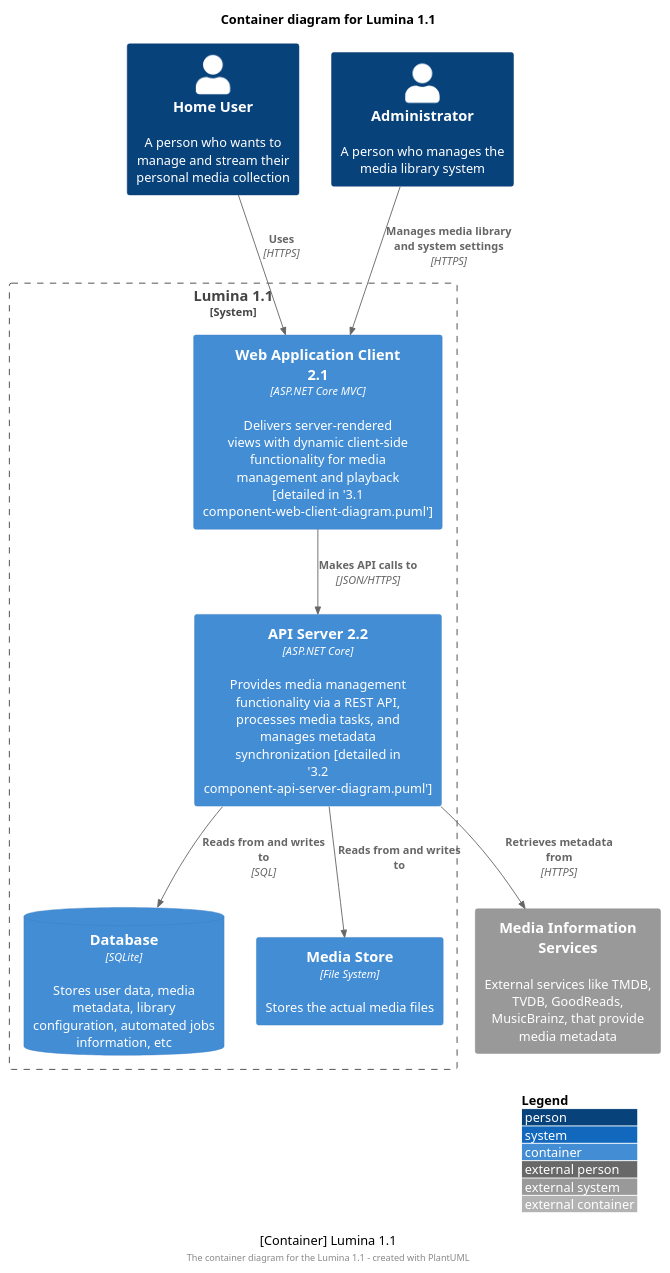
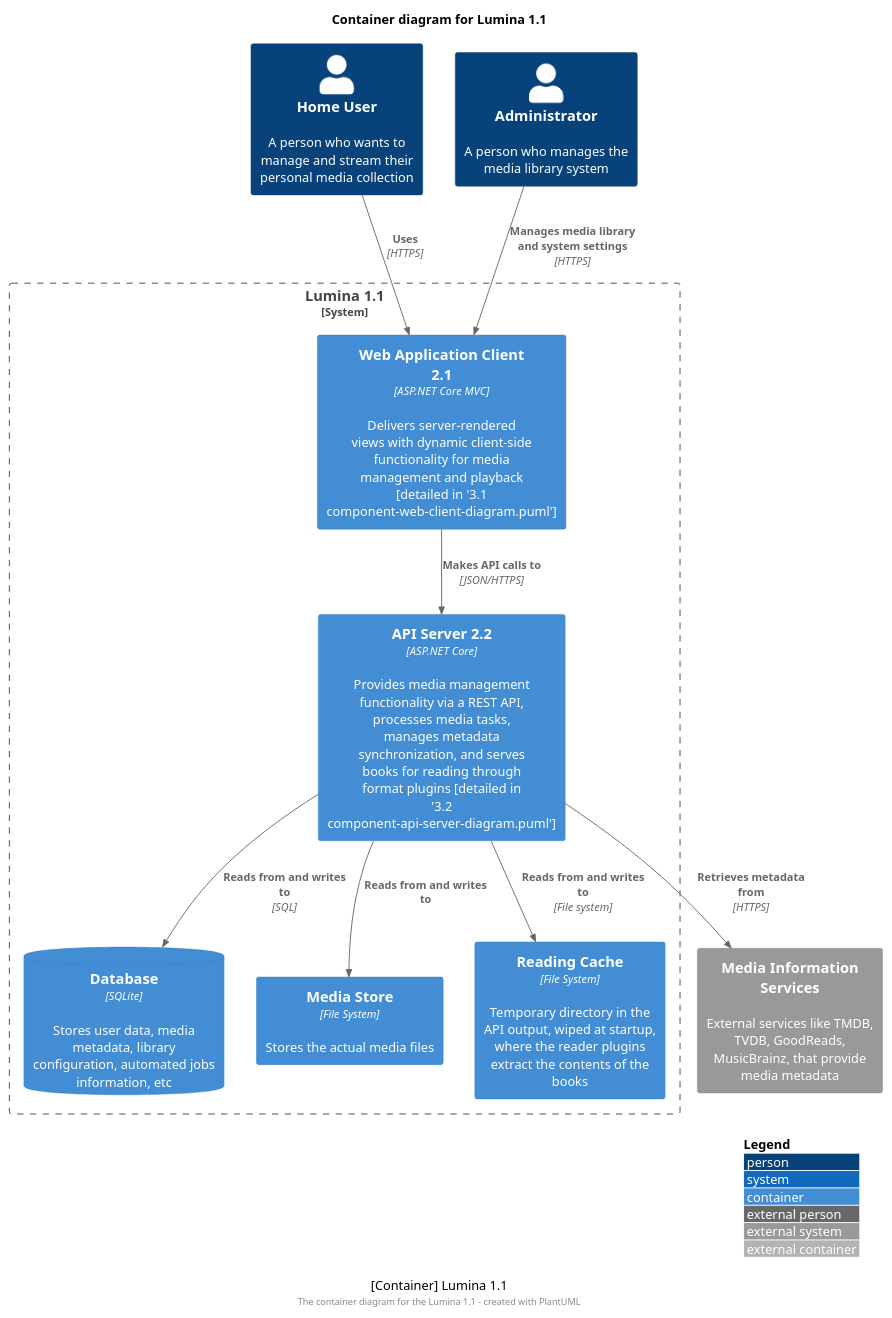
The diagram in docs/technical/architecture/2 container-diagram.puml (BinaryAlley/Lumina), drawn with PlantUML before and after one commit. The commit also changed 3 other files, not shown here.

Commit message:
Updates architecture diagrams with the book reading flow

```diff
--- a/docs/technical/architecture/2 container-diagram.puml
+++ b/docs/technical/architecture/2 container-diagram.puml
@@ -1,32 +1,35 @@
 @startuml Lumina Container Diagram
 !include <C4/C4_Container>
 
 LAYOUT_WITH_LEGEND()
 title Container diagram for Lumina 1.1
 
 Person(user, "Home User", "A person who wants to manage and stream their personal media collection")
 Person(admin, "Administrator", "A person who manages the media library system")
 
 System_Boundary(c1, "Lumina 1.1") {
     Container(webapp, "Web Application Client 2.1", "ASP.NET Core MVC", "Delivers server-rendered views with dynamic client-side functionality for media management and playback [detailed in '3.1 component-web-client-diagram.puml']")
     
-    Container(api, "API Server 2.2", "ASP.NET Core", "Provides media management functionality via a REST API, processes media tasks, and manages metadata synchronization [detailed in '3.2 component-api-server-diagram.puml']")
+    Container(api, "API Server 2.2", "ASP.NET Core", "Provides media management functionality via a REST API, processes media tasks, manages metadata synchronization, and serves books for reading through format plugins [detailed in '3.2 component-api-server-diagram.puml']")
     
     ContainerDb(db, "Database", "SQLite", "Stores user data, media metadata, library configuration, automated jobs information, etc")
     
     Container(filestore, "Media Store", "File System", "Stores the actual media files")
+    
+    Container(readCache, "Reading Cache", "File System", "Temporary directory in the API output, wiped at startup, where the reader plugins extract the contents of the books")
 }
 
 System_Ext(metadata, "Media Information Services", "External services like TMDB, TVDB, GoodReads, MusicBrainz, that provide media metadata")
 
 Rel(user, webapp, "Uses", "HTTPS")
 Rel(admin, webapp, "Manages media library and system settings", "HTTPS")
 Rel(webapp, api, "Makes API calls to", "JSON/HTTPS")
 Rel(api, db, "Reads from and writes to", "SQL")
 Rel(api, filestore, "Reads from and writes to")
+Rel(api, readCache, "Reads from and writes to", "File system")
 Rel(api, metadata, "Retrieves metadata from", "HTTPS")
 
 caption [Container] Lumina 1.1
 
 footer The container diagram for the Lumina 1.1 - created with PlantUML
 @enduml
```
